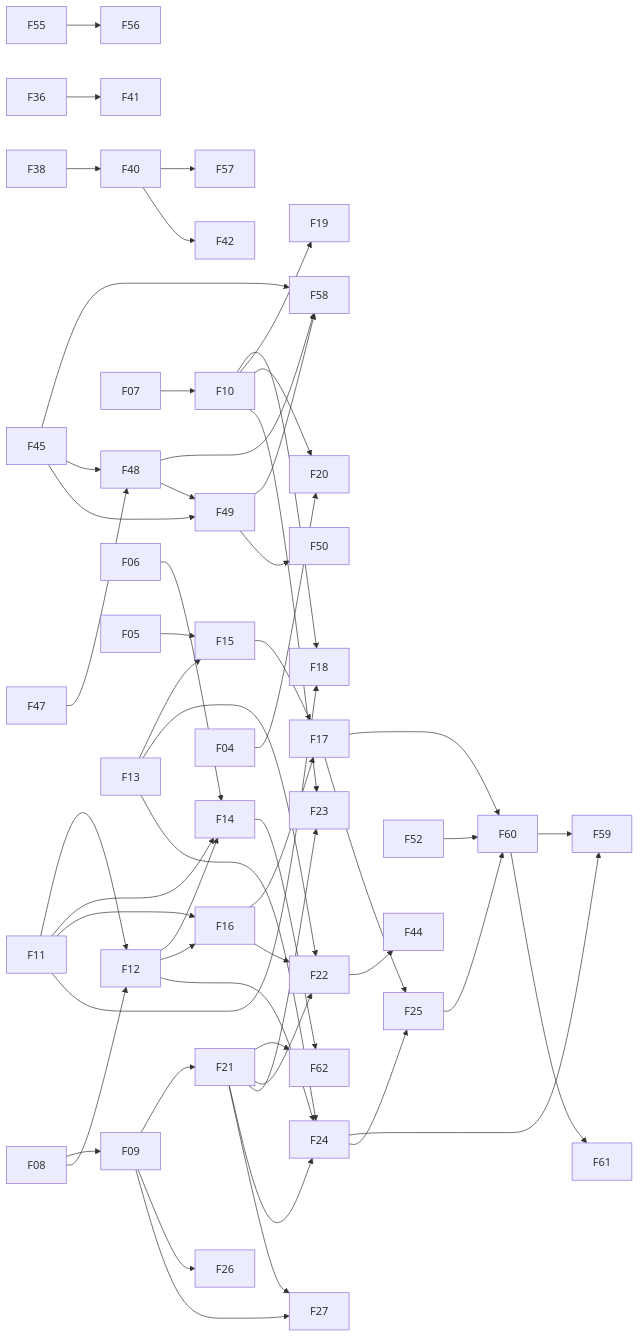
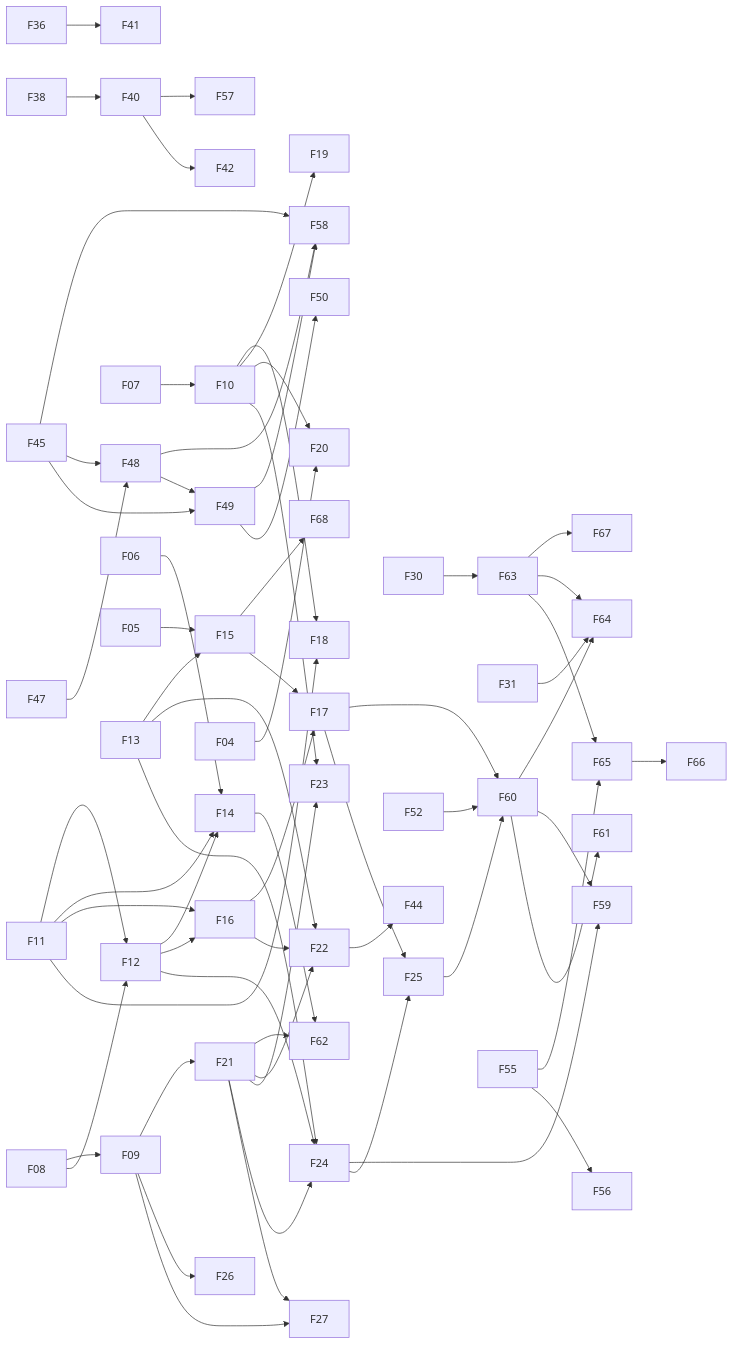
One commit to yinjunshao/lanyard changed the diagram in Lanyard-Vault/07 Roadmap/00 Master To-Do.md. Above: the diagram before and after it, drawn with Mermaid. The commit also changed other lines of this file and 6 other files, not shown here.

````diff
--- a/Lanyard-Vault/07 Roadmap/00 Master To-Do.md
+++ b/Lanyard-Vault/07 Roadmap/00 Master To-Do.md
@@ -150,57 +164,66 @@
 ```mermaid
 graph LR
+  F15 --> F68
+  F30 --> F63
+  F63 --> F67
+  F63 --> F64
+  F31 --> F64
+  F60 --> F64
+  F63 --> F65
+  F55 --> F65
+  F65 --> F66
   F21 --> F62
   F14 --> F62
   F40 --> F57
   F45 --> F58
   F48 --> F58
   F49 --> F58
   F17 --> F60
   F25 --> F60
   F52 --> F60
   F24 --> F59
   F60 --> F59
   F55 --> F56
   F60 --> F61
   F45 --> F48
   F47 --> F48
   F45 --> F49
   F48 --> F49
   F49 --> F50
   F40 --> F42
   F22 --> F44
   F38 --> F40
   F36 --> F41
   F07 --> F10
   F08 --> F09
   F08 --> F12
   F11 --> F12
   F06 --> F14
   F11 --> F14
   F12 --> F14
   F05 --> F15
   F13 --> F15
   F11 --> F16
   F12 --> F16
   F15 --> F17
   F16 --> F17
   F10 --> F18
   F11 --> F18
   F10 --> F19
   F10 --> F20
   F04 --> F20
   F09 --> F21
   F21 --> F22
   F13 --> F22
   F16 --> F22
   F21 --> F23
   F10 --> F23
   F21 --> F24
   F12 --> F24
   F13 --> F24
   F17 --> F25
   F24 --> F25
   F09 --> F26
   F09 --> F27
   F21 --> F27
 ```
````
